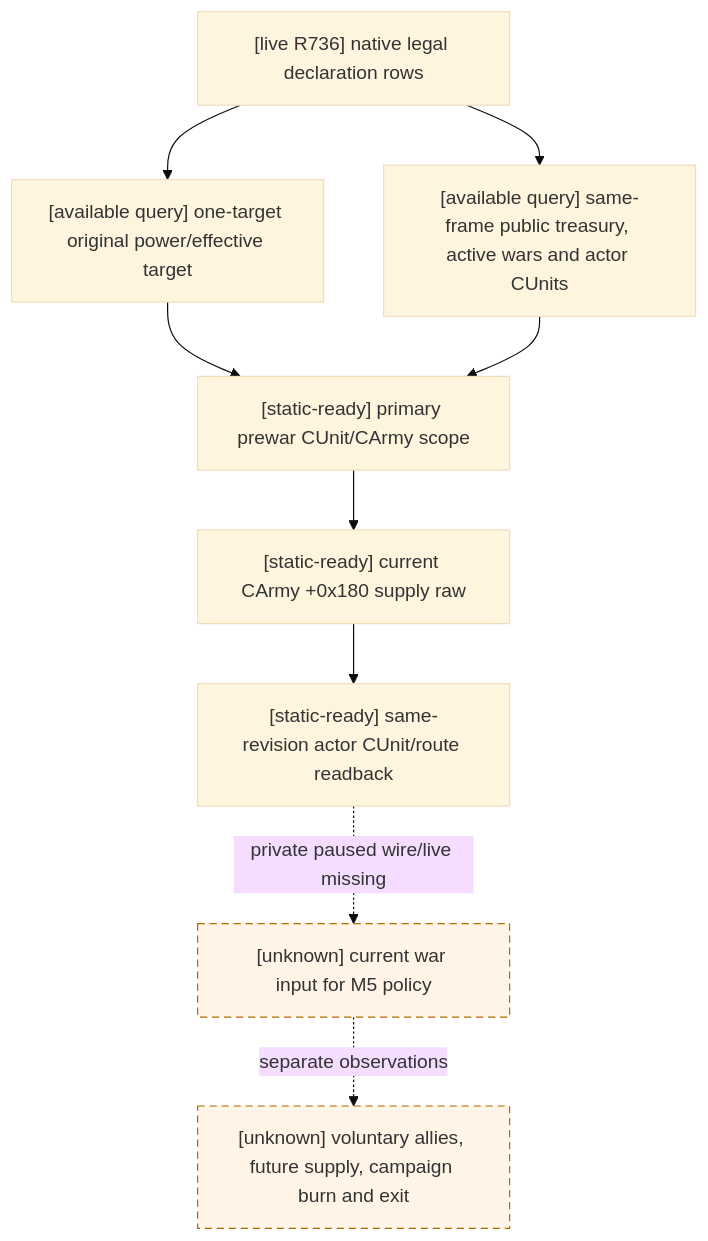
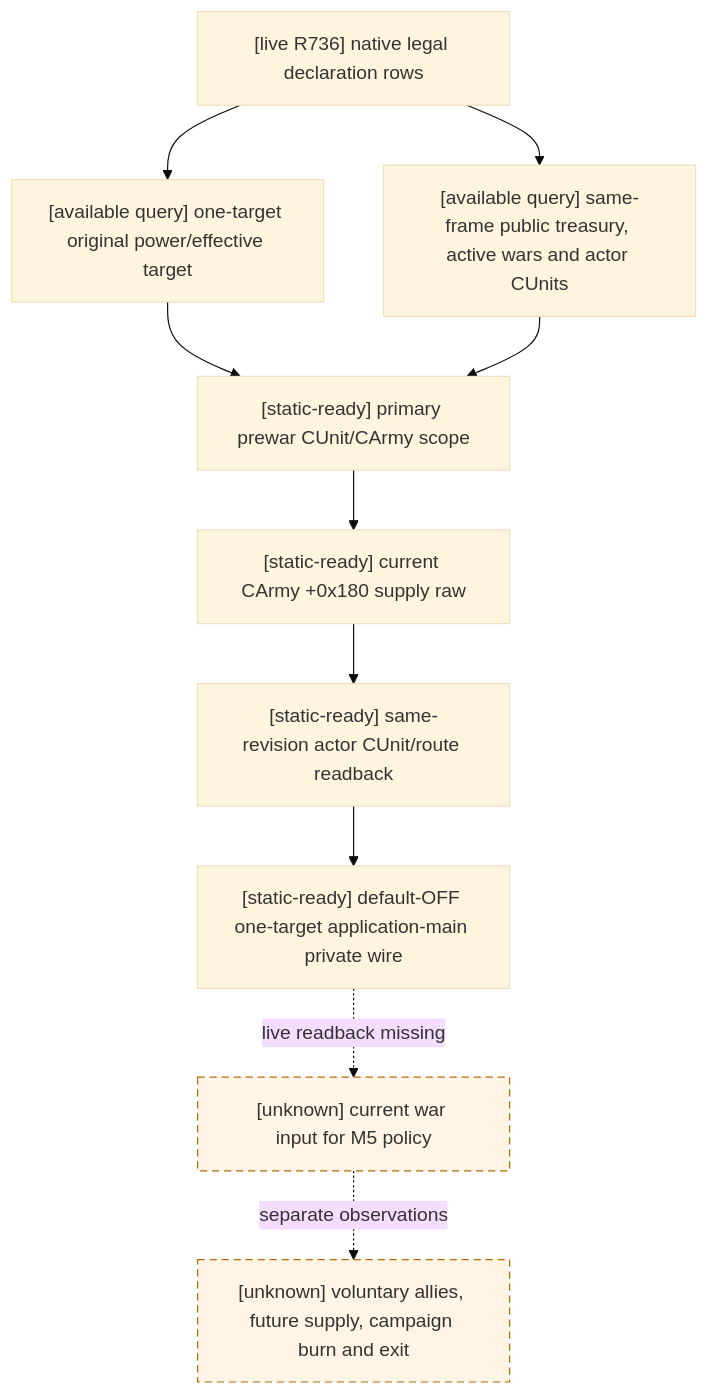
The diagram in docs/ck3-native-ai/m5-war-primary-current-readback-2026-09-16.md (XenoAmess/ck3_eternal_recurrence), drawn with Mermaid (base theme) before and after one commit. The commit also changed other lines of this file and 10 other files, not shown here.

Commit message:
M5-WAR-SUPPLY-WIRE: add private same-frame war supply query

````diff
--- a/docs/ck3-native-ai/m5-war-primary-current-readback-2026-09-16.md
+++ b/docs/ck3-native-ai/m5-war-primary-current-readback-2026-09-16.md
@@ -24,13 +24,14 @@
 ```mermaid
 flowchart TD
   A["[live R736] native legal declaration rows"] --> B["[available query] one-target original power/effective target"]
   A --> C["[available query] same-frame public treasury, active wars and actor CUnits"]
   B --> D["[static-ready] primary prewar CUnit/CArmy scope"]
   C --> D
   D --> E["[static-ready] current CArmy +0x180 supply raw"]
   E --> F["[static-ready] same-revision actor CUnit/route readback"]
-  F -. "private paused wire/live missing" .-> G["[unknown] current war input for M5 policy"]
+  F --> P["[static-ready] default-OFF one-target application-main private wire"]
+  P -. "live readback missing" .-> G["[unknown] current war input for M5 policy"]
   G -. "separate observations" .-> H["[unknown] voluntary allies, future supply, campaign burn and exit"]
   classDef unknown stroke-dasharray:6 4,fill:#fff4e5,stroke:#b36b00;
   class G,H unknown;
 ```
````
